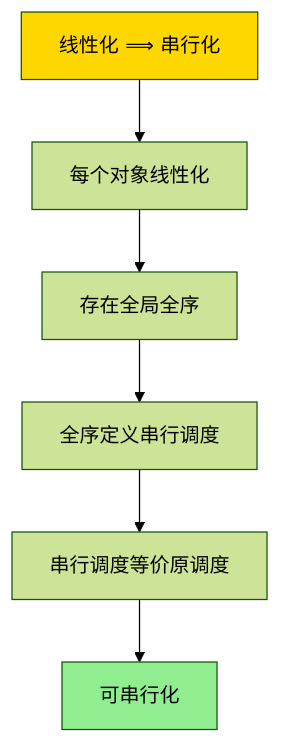
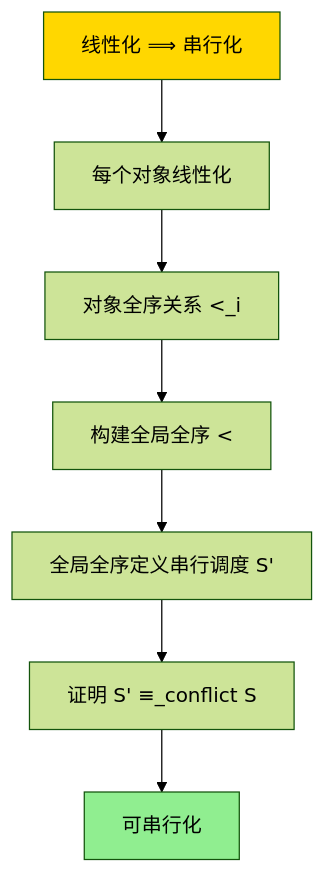
One commit to AdaMartin18010/PostgreSQL_modern changed the fifth of 6 diagrams in PostgreSQL/10-理论基础/03-事务与并发控制/03.07-线性化与串行化-对象与事务一致性的形式关系.md. Above: the diagram before and after it, drawn with Mermaid (forest theme). The commit also changed other lines of this file and 16 other files, not shown here.

````diff
--- a/PostgreSQL/10-理论基础/03-事务与并发控制/03.07-线性化与串行化-对象与事务一致性的形式关系.md
+++ b/PostgreSQL/10-理论基础/03-事务与并发控制/03.07-线性化与串行化-对象与事务一致性的形式关系.md
@@ -261,11 +325,12 @@
 ```mermaid
 graph TD
     A[线性化 ⟹ 串行化] --> B[每个对象线性化]
-    B --> C[存在全局全序]
-    C --> D[全序定义串行调度]
-    D --> E[串行调度等价原调度]
-    E --> F[可串行化]
+    B --> C[对象全序关系 <_i]
+    C --> D[构建全局全序 <]
+    D --> E[全局全序定义串行调度 S']
+    E --> F[证明 S' ≡_conflict S]
+    F --> G[可串行化]
 
     style A fill:#FFD700
-    style F fill:#90EE90
+    style G fill:#90EE90
 ```
````
